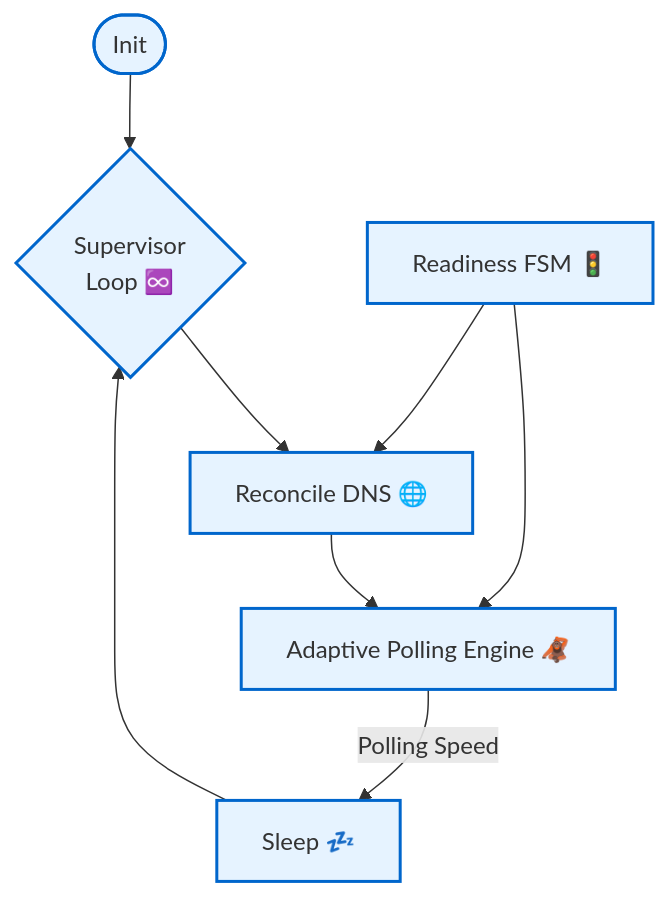
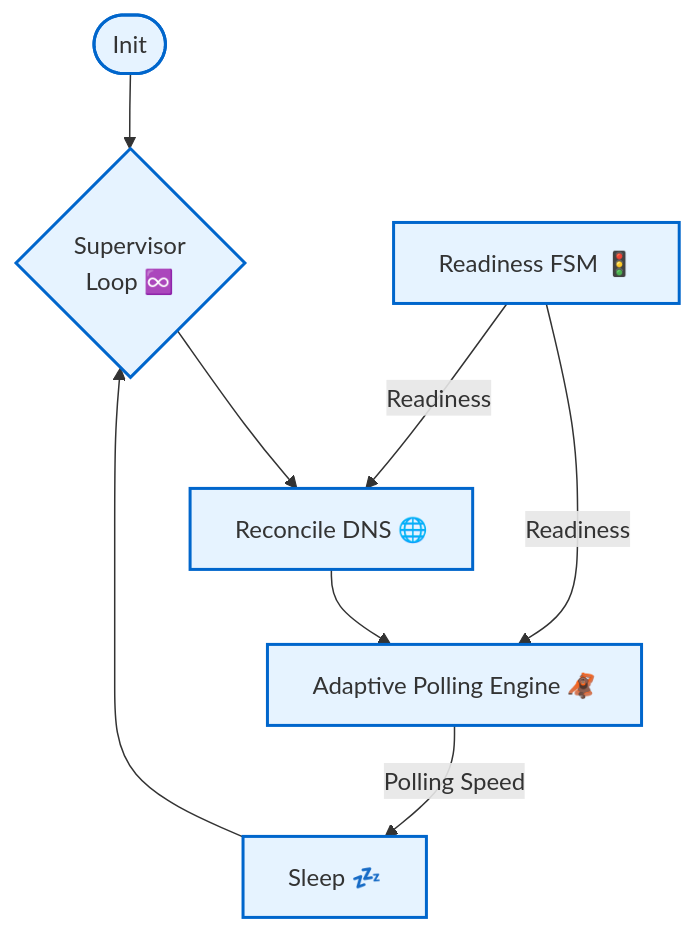
Before and after one commit to bkaewell/cloudflare-verified-ddns: the first of 4 diagrams in docs/CONTROL_LOOP.md, drawn with Mermaid. The commit also changed other lines of this file and 1 other file, not shown here.

````diff
--- a/docs/CONTROL_LOOP.md
+++ b/docs/CONTROL_LOOP.md
@@ -21,29 +20,22 @@
 ```mermaid
 ---
 title: 
 config:
    look: classic
    theme: 'default'
 ---
 graph TD
     Start([Init]) --> Loop{Supervisor<br>Loop ♾️}
     Loop --> Update[Reconcile DNS 🌐]
-    Readiness[Readiness FSM 🚦] --> Poll
+    Readiness[Readiness FSM 🚦] --> |"Readiness"|Poll
     %%<br/>⚪ INIT<br/>🟡 PROBING<br/>💚 READY<br/>🔴 NOT_READY"] --> Update
     Update --> Poll[Adaptive Polling Engine 🦧]
     Poll -->  |"Polling Speed"| Sleep[Sleep 💤]
     Sleep -->  Loop
-    Readiness --> Update
+    Readiness --> |"Readiness"| Update
 
     %% Visual highlights
-    %%style Poll fill:#fff3e6,stroke:#cc6600,stroke-width:3px,rx:12,ry:12
-    %%style Loop fill:#f0f8ff,stroke:#004080,stroke-width:3px,rx:12,ry:12
-    %%style Update fill:#e6f3ff,stroke:#0066cc,stroke-width:2px
-    %%style Start fill:#cce5ff,stroke:#004080,rx:12,ry:12
-    %%style Sleep fill:#f8f9fa,stroke:#666,stroke-width:2px
-    %%style Readiness 
-
     classDef all fill:#e6f3ff,stroke:#0066cc,stroke-width:2px
 
     class Update,Poll,Loop,Start,Sleep,Readiness all
 ```
````
